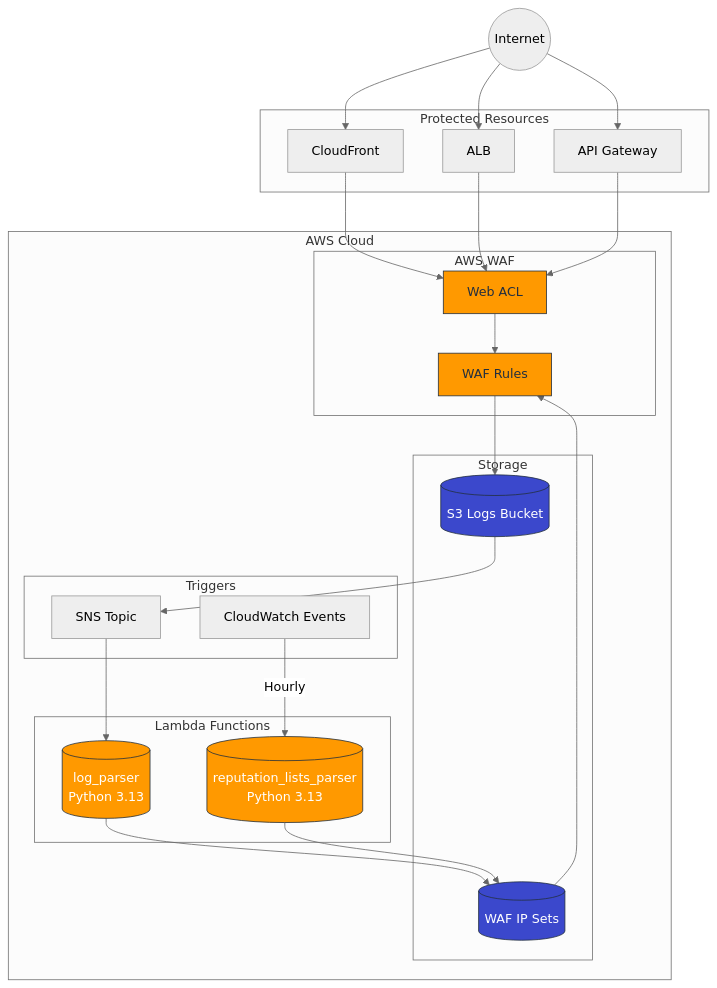
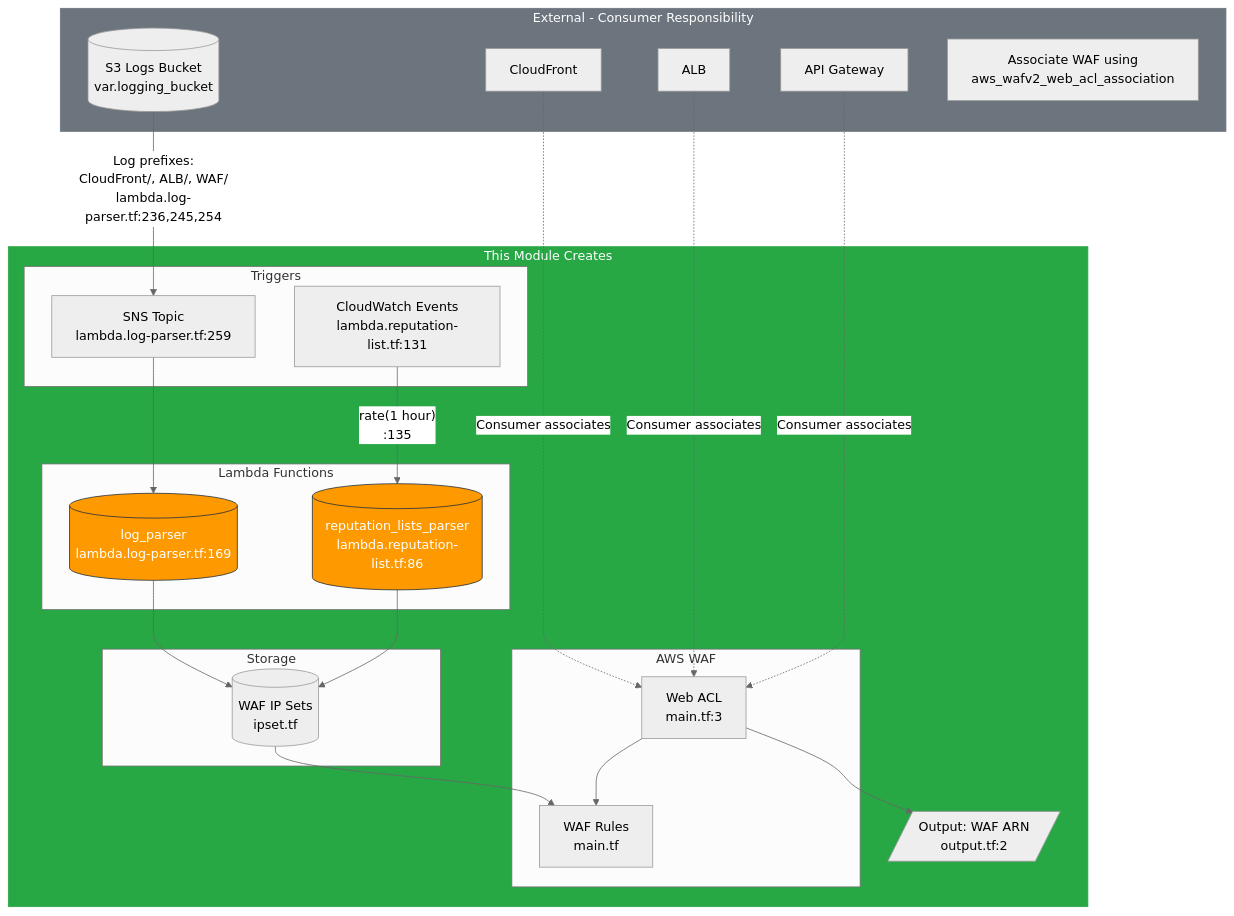
One commit to datastreamapp/terraform-waf-module changed the first of 6 diagrams in docs/ARCHITECTURE.md. Above: the diagram before and after it, drawn with Mermaid (neutral theme). The commit also changed other lines of this file and 1 other file, not shown here.

Commit message:
feat(diagram): fix the diagram to show the correct module boundary and indicate that protected resources are external.

````diff
--- a/docs/ARCHITECTURE.md
+++ b/docs/ARCHITECTURE.md
@@ -7,49 +7,51 @@
 ```mermaid
 flowchart TB
-    subgraph AWS["AWS Cloud"]
+    subgraph Module["This Module Creates"]
         subgraph WAF["AWS WAF"]
-            ACL[Web ACL]
-            Rules[WAF Rules]
+            ACL[Web ACL<br/>main.tf:3]
+            Rules[WAF Rules<br/>main.tf]
         end
 
         subgraph Lambda["Lambda Functions"]
-            LP[("log_parser<br/>Python 3.13")]
-            RP[("reputation_lists_parser<br/>Python 3.13")]
+            LP[("log_parser<br/>lambda.log-parser.tf:169")]
+            RP[("reputation_lists_parser<br/>lambda.reputation-list.tf:86")]
         end
 
         subgraph Storage["Storage"]
-            S3[(S3 Logs Bucket)]
-            IPSet[(WAF IP Sets)]
+            IPSet[(WAF IP Sets<br/>ipset.tf)]
         end
 
         subgraph Triggers["Triggers"]
-            SNS[SNS Topic]
-            CW[CloudWatch Events]
+            SNS[SNS Topic<br/>lambda.log-parser.tf:259]
+            CW[CloudWatch Events<br/>lambda.reputation-list.tf:131]
         end
+
+        Output[/"Output: WAF ARN<br/>output.tf:2"/]
     end
 
-    subgraph Protected["Protected Resources"]
+    subgraph External["External - Consumer Responsibility"]
+        S3[(S3 Logs Bucket<br/>var.logging_bucket)]
         CF[CloudFront]
         ALB[ALB]
         APIGW[API Gateway]
+        Note["Associate WAF using<br/>aws_wafv2_web_acl_association"]
     end
 
-    Internet((Internet)) --> CF & ALB & APIGW
-    CF & ALB & APIGW --> ACL
+    CF & ALB & APIGW -.->|"Consumer associates"| ACL
     ACL --> Rules
-    Rules --> S3
-    S3 --> SNS
+    S3 -->|"Log prefixes:<br/>CloudFront/, ALB/, WAF/<br/>lambda.log-parser.tf:236,245,254"| SNS
     SNS --> LP
     LP --> IPSet
-    CW -->|Hourly| RP
+    CW -->|"rate(1 hour)<br/>:135"| RP
     RP --> IPSet
     IPSet --> Rules
+    ACL --> Output
 
-    classDef aws fill:#FF9900,stroke:#232F3E,color:#232F3E
+    classDef module fill:#28a745,stroke:#28a745,color:white
+    classDef external fill:#6c757d,stroke:#6c757d,color:white
     classDef lambda fill:#FF9900,stroke:#232F3E,color:white
-    classDef storage fill:#3B48CC,stroke:#232F3E,color:white
 
-    class ACL,Rules aws
+    class Module module
+    class External external
     class LP,RP lambda
-    class S3,IPSet storage
 ```
````
